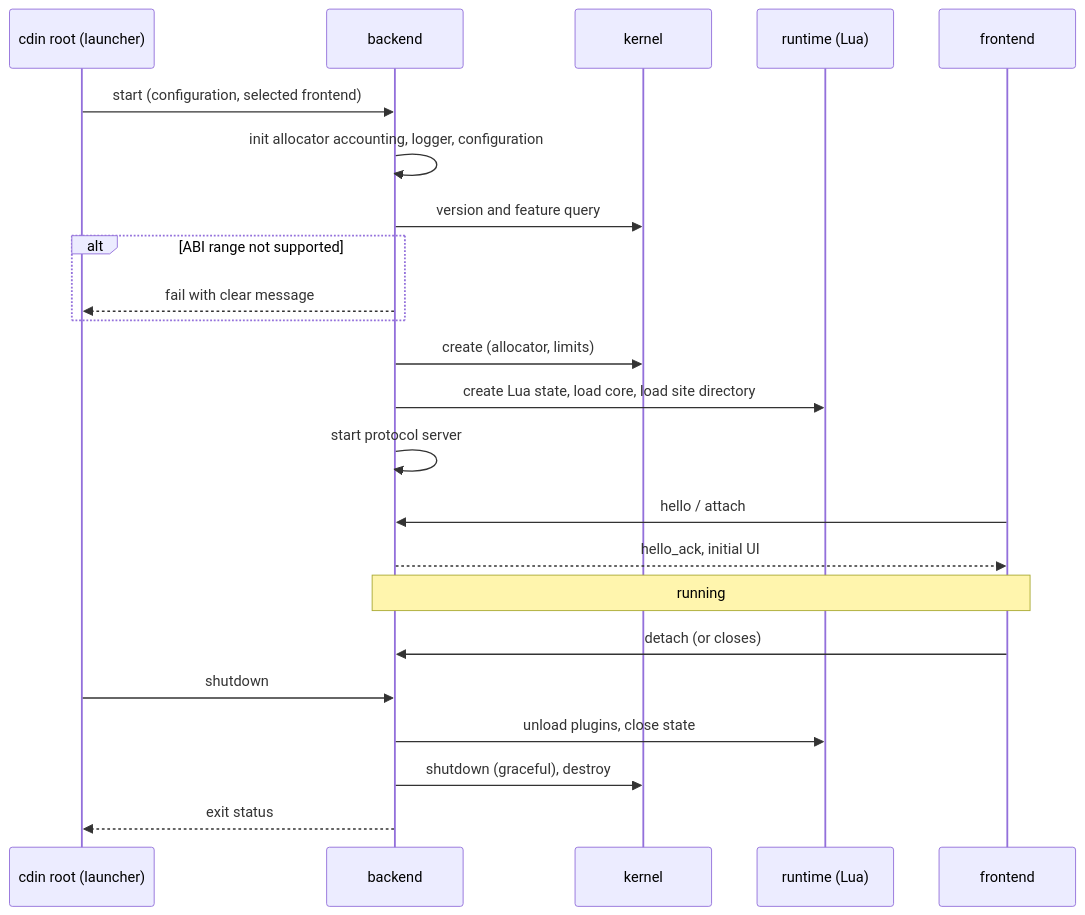
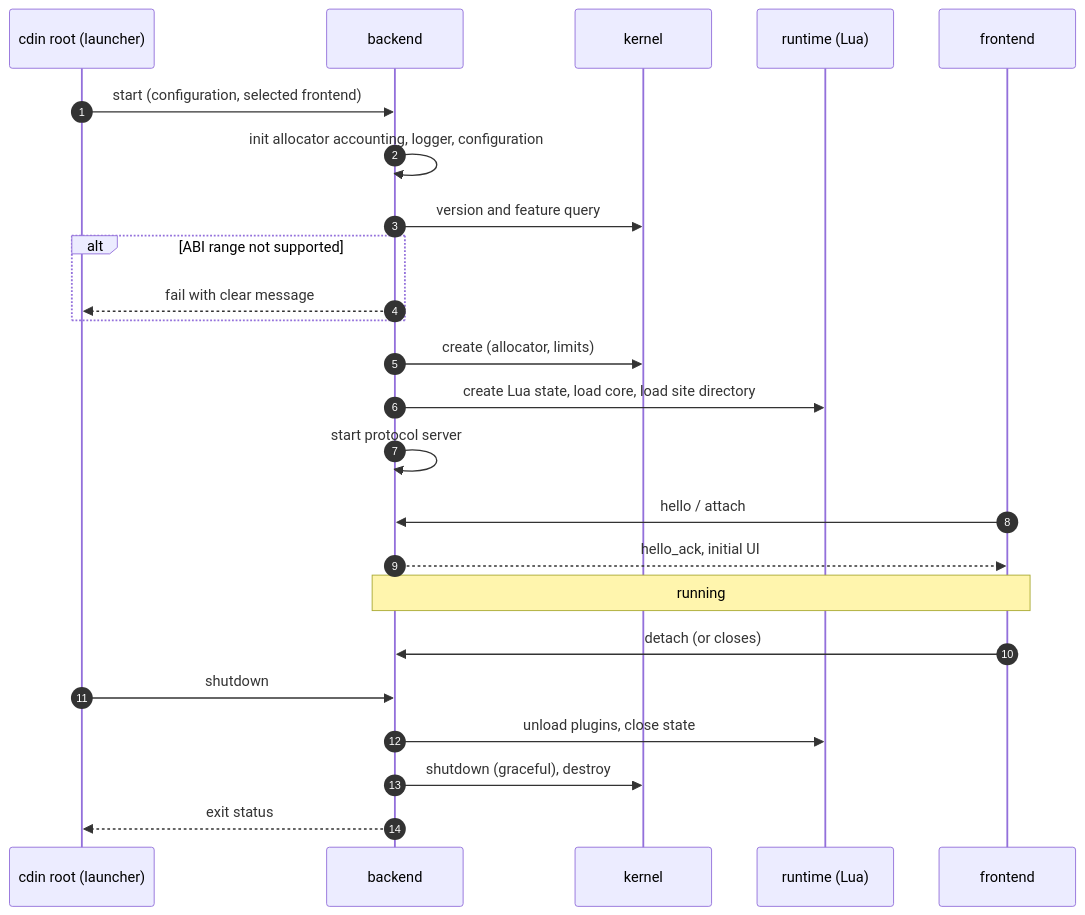
The first of 3 diagrams in docs/architecture/lifecycle.md (cdin-editor/spec), drawn with Mermaid before and after one commit. The commit also changed other lines of this file and 9 other files, not shown here.

Commit message:
docs(architecture): specify boundaries, ABI, protocol, concurrency, lifecycle and migration

````diff
--- a/docs/architecture/lifecycle.md
+++ b/docs/architecture/lifecycle.md
@@ -7,26 +7,27 @@
 ```mermaid
 sequenceDiagram
+    autonumber
     participant R as cdin root (launcher)
     participant B as backend
     participant K as kernel
     participant T as runtime (Lua)
     participant F as frontend
 
     R->>B: start (configuration, selected frontend)
     B->>B: init allocator accounting, logger, configuration
     B->>K: version and feature query
     alt ABI range not supported
         B-->>R: fail with clear message
     end
     B->>K: create (allocator, limits)
     B->>T: create Lua state, load core, load site directory
     B->>B: start protocol server
     F->>B: hello / attach
     B-->>F: hello_ack, initial UI
     Note over B,F: running
     F->>B: detach (or closes)
     R->>B: shutdown
     B->>T: unload plugins, close state
     B->>K: shutdown (graceful), destroy
     B-->>R: exit status
 ```
````
